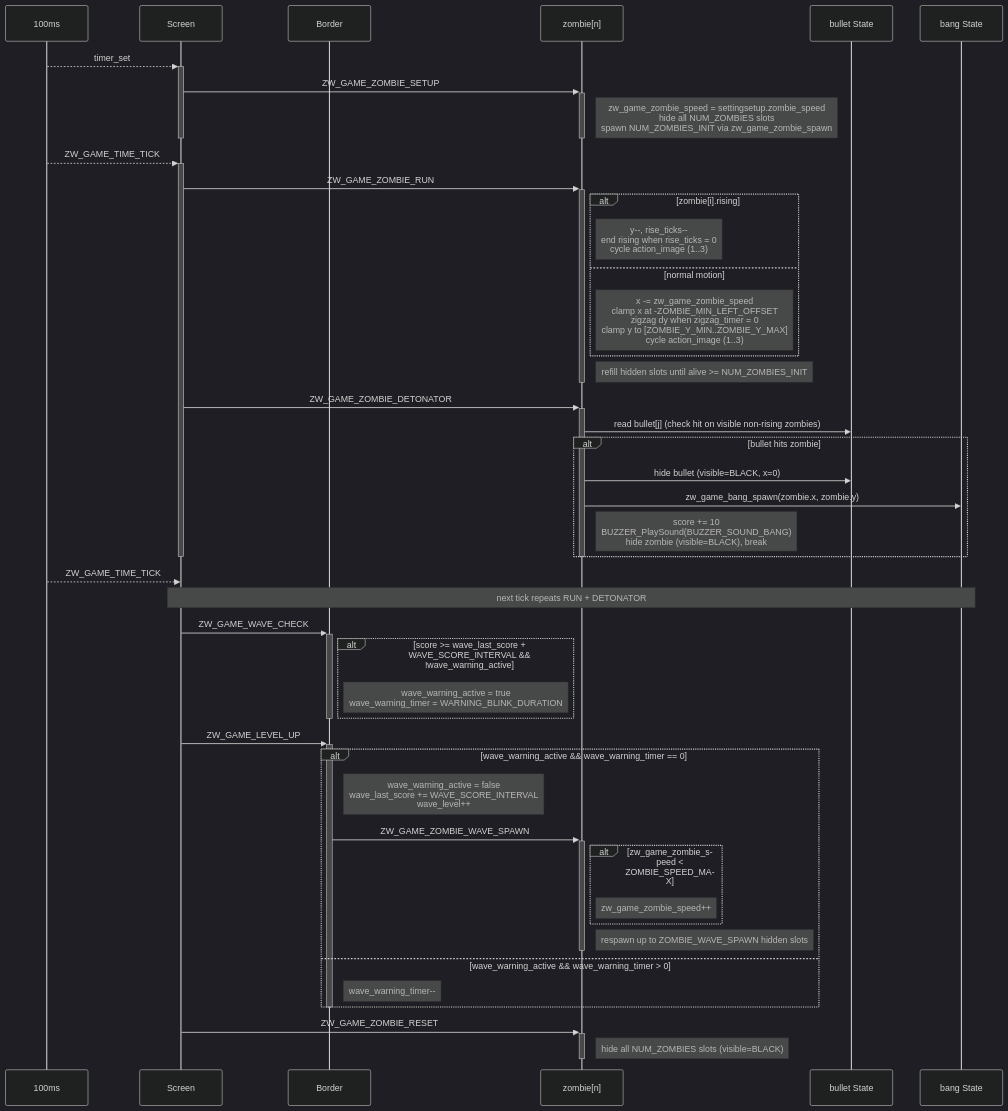
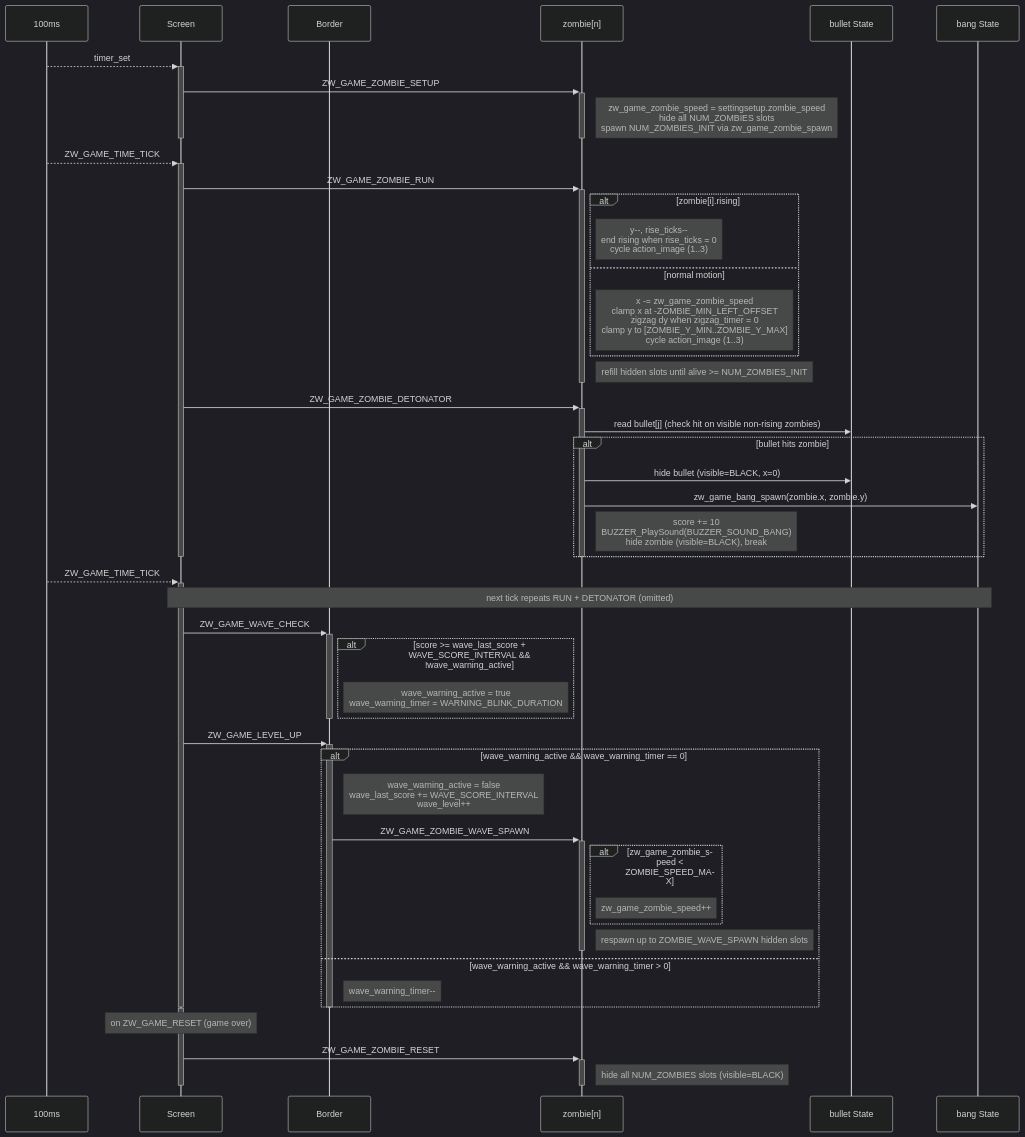
One commit to caotrongphuoc/mini-clock changed the diagram in docs/object_sequence.md. Above: the diagram before and after it, drawn with Mermaid (dark theme).

Commit message:
[UPDATE] zombie's sequence

````diff
--- a/docs/object_sequence.md
+++ b/docs/object_sequence.md
@@ -45,62 +45,66 @@
 ```mermaid
 sequenceDiagram
     participant Timer as 100ms
     participant Screen
     participant Border
     participant Zombie as zombie[n]
     participant Bullet as bullet State
     participant Bang as bang State
 
     Timer-->>+Screen: timer_set
     Screen->>+Zombie: ZW_GAME_ZOMBIE_SETUP
     Note right of Zombie: zw_game_zombie_speed = settingsetup.zombie_speed<br/>hide all NUM_ZOMBIES slots<br/>spawn NUM_ZOMBIES_INIT via zw_game_zombie_spawn
     deactivate Zombie
     deactivate Screen
 
     Timer-->>+Screen: ZW_GAME_TIME_TICK
     Screen->>+Zombie: ZW_GAME_ZOMBIE_RUN
     alt zombie[i].rising
         Note right of Zombie: y--, rise_ticks--<br/>end rising when rise_ticks = 0<br/>cycle action_image (1..3)
     else normal motion
         Note right of Zombie: x -= zw_game_zombie_speed<br/>clamp x at -ZOMBIE_MIN_LEFT_OFFSET<br/>zigzag dy when zigzag_timer = 0<br/>clamp y to [ZOMBIE_Y_MIN..ZOMBIE_Y_MAX]<br/>cycle action_image (1..3)
     end
     Note right of Zombie: refill hidden slots until alive >= NUM_ZOMBIES_INIT
     deactivate Zombie
 
     Screen->>+Zombie: ZW_GAME_ZOMBIE_DETONATOR
     Zombie->>Bullet: read bullet[j] (check hit on visible non-rising zombies)
     alt bullet hits zombie
         Zombie->>Bullet: hide bullet (visible=BLACK, x=0)
         Zombie->>Bang: zw_game_bang_spawn(zombie.x, zombie.y)
         Note right of Zombie: score += 10<br/>BUZZER_PlaySound(BUZZER_SOUND_BANG)<br/>hide zombie (visible=BLACK), break
     end
     deactivate Zombie
     deactivate Screen
 
-    Timer-->>Screen: ZW_GAME_TIME_TICK
-    Note over Screen,Bang: next tick repeats RUN + DETONATOR
+    Timer-->>+Screen: ZW_GAME_TIME_TICK
+    Note over Screen,Bang: next tick repeats RUN + DETONATOR (omitted)
 
     Screen->>+Border: ZW_GAME_WAVE_CHECK
     alt score >= wave_last_score + WAVE_SCORE_INTERVAL && !wave_warning_active
         Note right of Border: wave_warning_active = true<br/>wave_warning_timer = WARNING_BLINK_DURATION
     end
     deactivate Border
 
     Screen->>+Border: ZW_GAME_LEVEL_UP
     alt wave_warning_active && wave_warning_timer == 0
         Note right of Border: wave_warning_active = false<br/>wave_last_score += WAVE_SCORE_INTERVAL<br/>wave_level++
         Border->>+Zombie: ZW_GAME_ZOMBIE_WAVE_SPAWN
         alt zw_game_zombie_speed < ZOMBIE_SPEED_MAX
             Note right of Zombie: zw_game_zombie_speed++
         end
         Note right of Zombie: respawn up to ZOMBIE_WAVE_SPAWN hidden slots
         deactivate Zombie
     else wave_warning_active && wave_warning_timer > 0
         Note right of Border: wave_warning_timer--
     end
     deactivate Border
+    deactivate Screen
 
+    activate Screen
+    Note over Screen: on ZW_GAME_RESET (game over)
     Screen->>+Zombie: ZW_GAME_ZOMBIE_RESET
     Note right of Zombie: hide all NUM_ZOMBIES slots (visible=BLACK)
     deactivate Zombie
+    deactivate Screen
 ```
````
